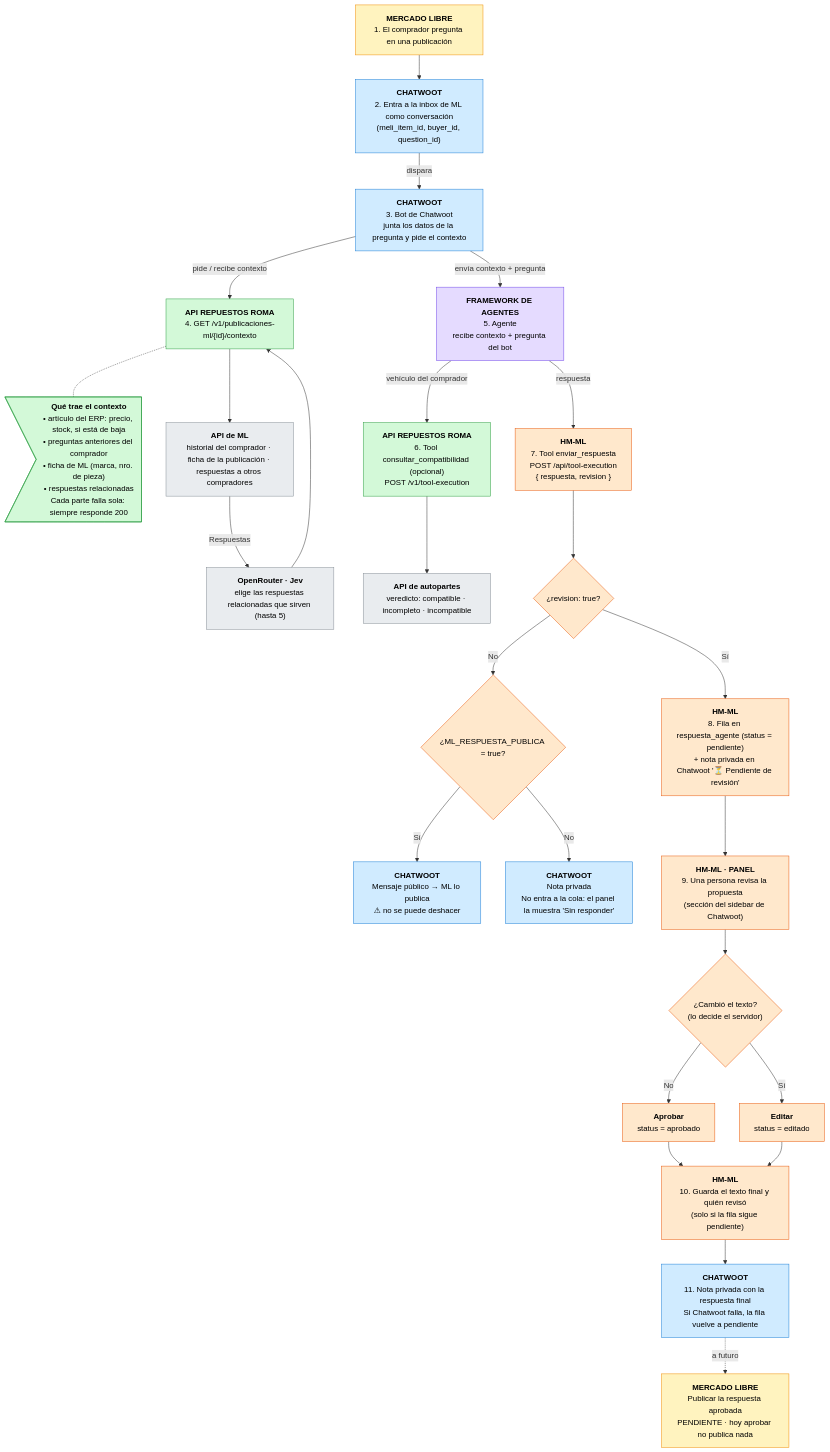
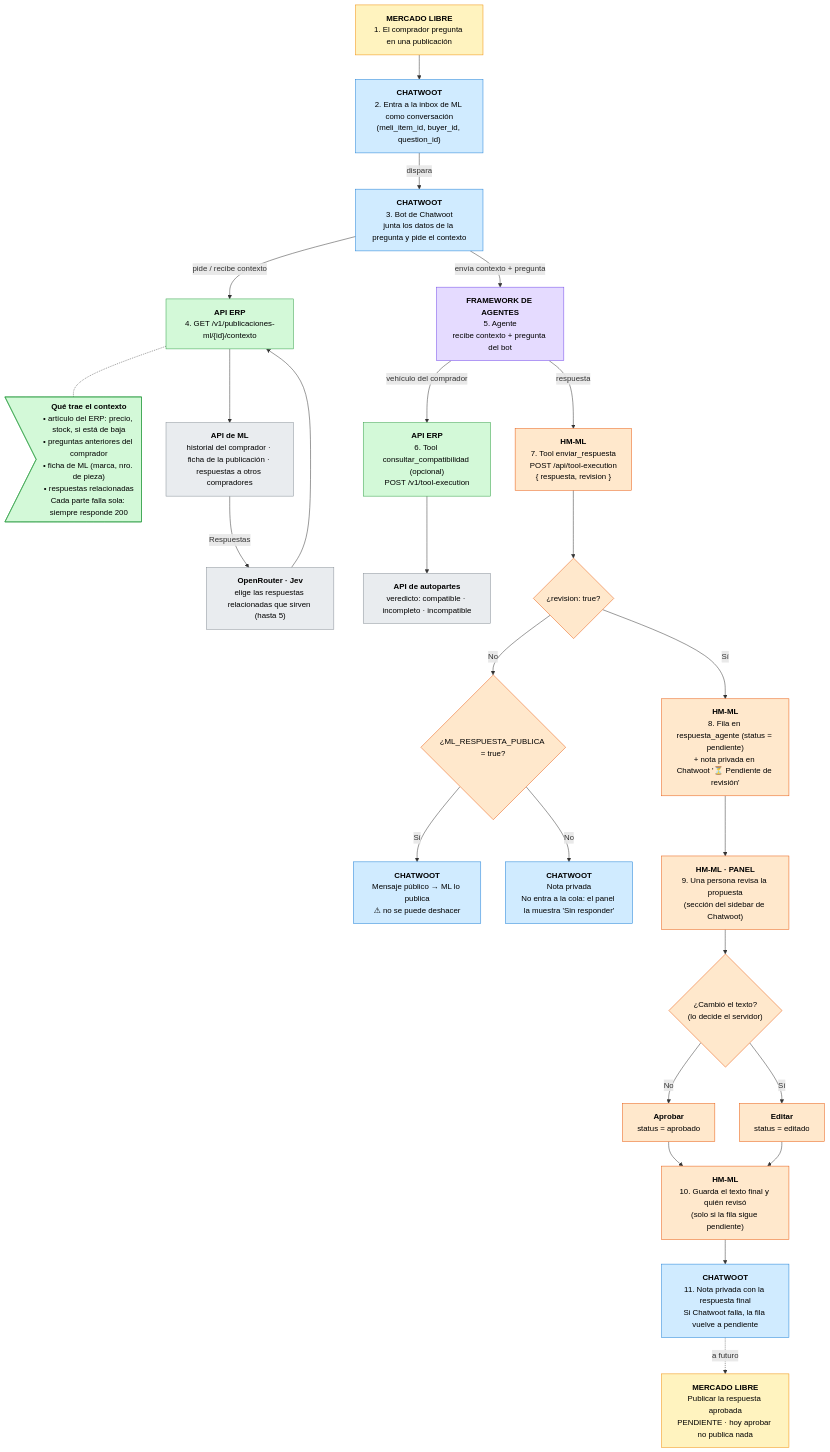
Before and after one commit to AgentesAI-es/repuestos-roma-ml: the diagram in README.md, drawn with Mermaid. The commit also changed other lines of this file and 6 other files, not shown here.

First line of the commit message:
refactor(articulo): make the ERP API client-agnostic

````diff
--- a/README.md
+++ b/README.md
@@ -17,64 +17,64 @@
 ```mermaid
 flowchart TD
     pregunta["<b>MERCADO LIBRE</b><br/>1. El comprador pregunta en una publicación"]
     inbox["<b>CHATWOOT</b><br/>2. Entra a la inbox de ML como conversación<br/>(meli_item_id, buyer_id, question_id)"]
     bot["<b>CHATWOOT</b><br/>3. Bot de Chatwoot<br/>junta los datos de la pregunta y pide el contexto"]
-    contexto["<b>API REPUESTOS ROMA</b><br/>4. GET /v1/publicaciones-ml/{id}/contexto"]
+    contexto["<b>API ERP</b><br/>4. GET /v1/publicaciones-ml/{id}/contexto"]
     nota_ctx>"<b>Qué trae el contexto</b><br/>• artículo del ERP: precio, stock, si está de baja<br/>• preguntas anteriores del comprador<br/>• ficha de ML (marca, nro. de pieza)<br/>• respuestas relacionadas<br/>Cada parte falla sola: siempre responde 200"]
     apiml["<b>API de ML</b><br/>historial del comprador · ficha de la publicación · respuestas a otros compradores"]
     jev["<b>OpenRouter · Jev</b><br/>elige las respuestas relacionadas que sirven (hasta 5)"]
     agente["<b>FRAMEWORK DE AGENTES</b><br/>5. Agente<br/>recibe contexto + pregunta del bot"]
-    compat["<b>API REPUESTOS ROMA</b><br/>6. Tool consultar_compatibilidad (opcional)<br/>POST /v1/tool-execution"]
+    compat["<b>API ERP</b><br/>6. Tool consultar_compatibilidad (opcional)<br/>POST /v1/tool-execution"]
     autopartes["<b>API de autopartes</b><br/>veredicto: compatible · incompleto · incompatible"]
     enviar["<b>HM-ML</b><br/>7. Tool enviar_respuesta<br/>POST /api/tool-execution<br/>{ respuesta, revision }"]
     q_rev{"¿revision: true?"}
     q_pub{"¿ML_RESPUESTA_PUBLICA = true?"}
     publica["<b>CHATWOOT</b><br/>Mensaje público → ML lo publica<br/>⚠ no se puede deshacer"]
     privada_sin["<b>CHATWOOT</b><br/>Nota privada<br/>No entra a la cola: el panel la muestra 'Sin responder'"]
     pendiente["<b>HM-ML</b><br/>8. Fila en respuesta_agente (status = pendiente)<br/>+ nota privada en Chatwoot '⏳ Pendiente de revisión'"]
     panel["<b>HM-ML · PANEL</b><br/>9. Una persona revisa la propuesta<br/>(sección del sidebar de Chatwoot)"]
     q_cambio{"¿Cambió el texto?<br/>(lo decide el servidor)"}
     aprobado["<b>Aprobar</b><br/>status = aprobado"]
     editado["<b>Editar</b><br/>status = editado"]
     guardar["<b>HM-ML</b><br/>10. Guarda el texto final y quién revisó<br/>(solo si la fila sigue pendiente)"]
     nota_final["<b>CHATWOOT</b><br/>11. Nota privada con la respuesta final<br/>Si Chatwoot falla, la fila vuelve a pendiente"]
     postear["<b>MERCADO LIBRE</b><br/>Publicar la respuesta aprobada<br/>PENDIENTE · hoy aprobar no publica nada"]
 
     pregunta --> inbox
     inbox -- dispara --> bot
     bot -- pide / recibe contexto --> contexto
     contexto --> apiml
     apiml -- Respuestas --> jev
     jev --> contexto
     contexto -.- nota_ctx
     bot -- envía contexto + pregunta --> agente
     agente -- vehículo del comprador --> compat
     compat --> autopartes
     agente -- respuesta --> enviar
     enviar --> q_rev
     q_rev -- Sí --> pendiente
     q_rev -- No --> q_pub
     q_pub -- Sí --> publica
     q_pub -- No --> privada_sin
     pendiente --> panel
     panel --> q_cambio
     q_cambio -- No --> aprobado
     q_cambio -- Sí --> editado
     aprobado --> guardar
     editado --> guardar
     guardar --> nota_final
     nota_final -. a futuro .-> postear
 
     classDef ml fill:#fff3bf,stroke:#f08c00,color:#000
     classDef cw fill:#d0ebff,stroke:#1c7ed6,color:#000
     classDef fw fill:#e5dbff,stroke:#7048e8,color:#000
     classDef api fill:#d3f9d8,stroke:#2f9e44,color:#000
     classDef hm fill:#ffe8cc,stroke:#e8590c,color:#000
     classDef ext fill:#e9ecef,stroke:#868e96,color:#000
     class pregunta,postear ml
     class inbox,bot,publica,privada_sin,nota_final cw
     class agente fw
     class contexto,compat,nota_ctx api
     class enviar,q_rev,q_pub,pendiente,panel,q_cambio,aprobado,editado,guardar hm
     class apiml,jev,autopartes ext
 ```
````
